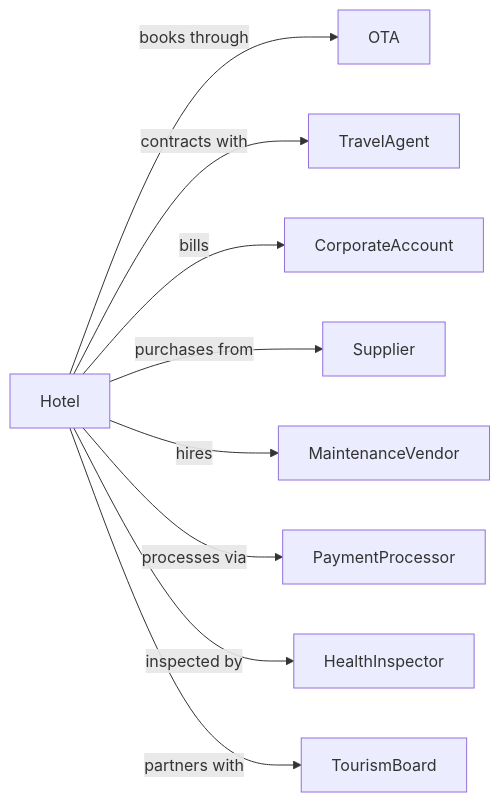
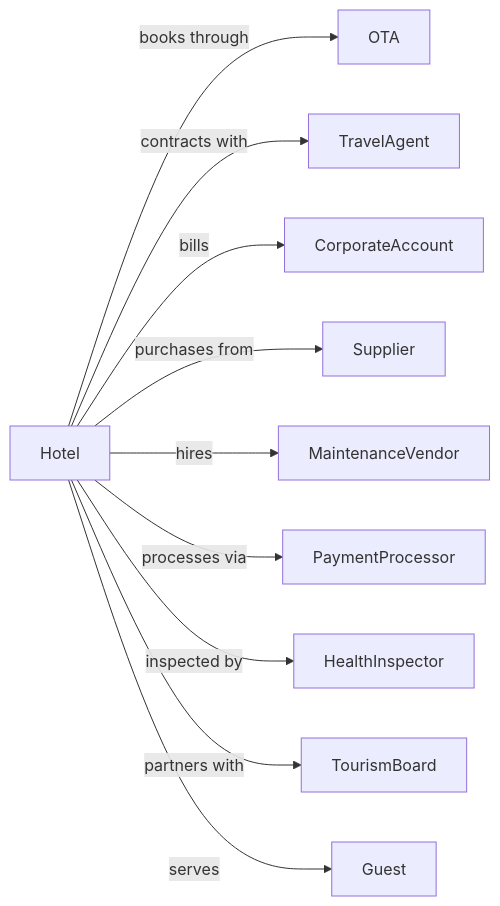
The second of 2 diagrams in Accommodation/Accommodation/TravelerAccommodation/HotelsExceptCasinoHotelsAndMotels.mdx (dot-org-ai/industries.org.ai), drawn with Mermaid before and after one commit. The commit also changed 588 other files, not shown here.

````diff
--- a/Accommodation/Accommodation/TravelerAccommodation/HotelsExceptCasinoHotelsAndMotels.mdx
+++ b/Accommodation/Accommodation/TravelerAccommodation/HotelsExceptCasinoHotelsAndMotels.mdx
@@ -136,13 +136,14 @@
 ```mermaid
 graph LR
     H[Hotel]
 
     H -->|books through| OTA
     H -->|contracts with| TravelAgent
     H -->|bills| CorporateAccount
     H -->|purchases from| Supplier
     H -->|hires| MaintenanceVendor
     H -->|processes via| PaymentProcessor
     H -->|inspected by| HealthInspector
     H -->|partners with| TourismBoard
+    H -->|serves| Guest
 ```
````
